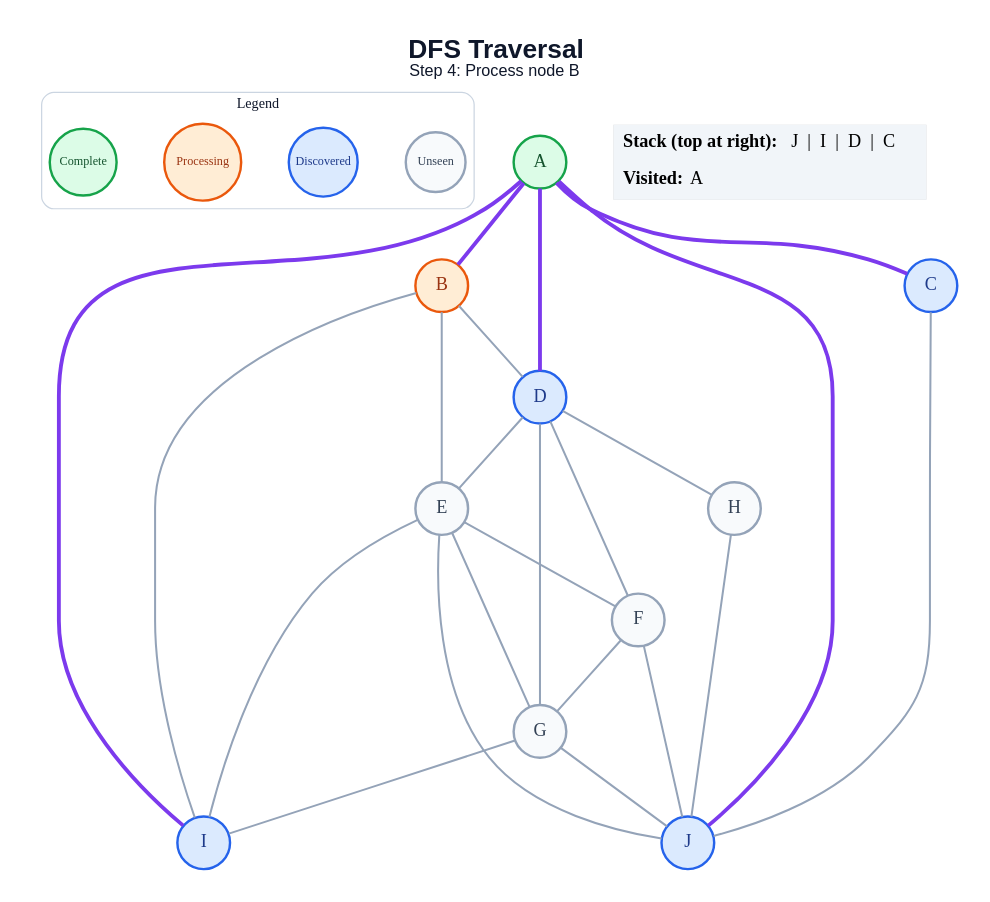
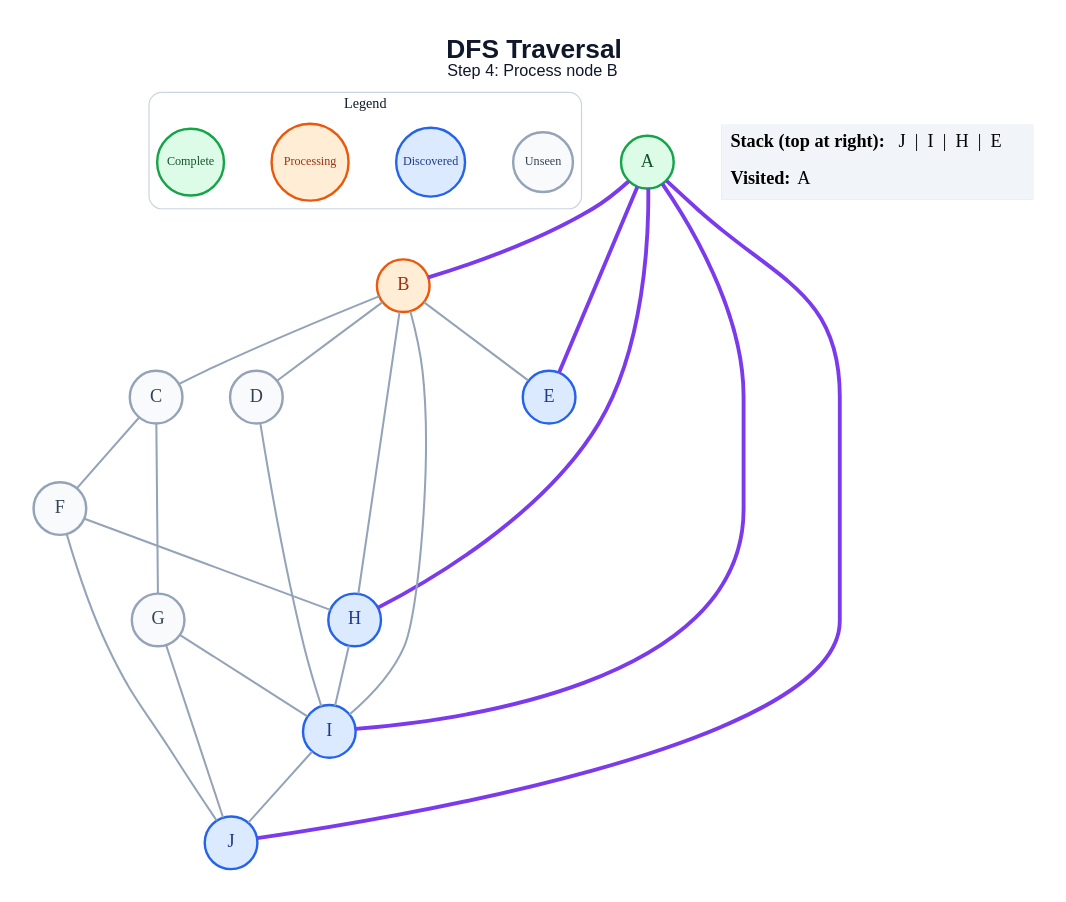
One commit to amanghodawala9/ai-slop changed the diagram in generated/dfs/step_04.dot. Above: the diagram before and after it, drawn with Graphviz. The commit also changed 178 other files, not shown here.

```diff
--- a/generated/dfs/step_04.dot
+++ b/generated/dfs/step_04.dot
@@ -1,51 +1,48 @@
 graph traversal {
   graph [layout=dot, rankdir=TB, bgcolor="#FFFFFF", pad="0.35", nodesep="0.65", ranksep="0.8", fontname="Arial"];
   node [shape=circle, style="filled", fontname="Arial Bold", fontsize=18, width=0.72, fixedsize=true, penwidth=2.4];
   edge [color="#94A3B8", penwidth=2.0];
   label=<<B>DFS Traversal</B><BR/><FONT POINT-SIZE="16">Step 4: Process node B</FONT>>; labelloc="t"; fontsize=26; fontname="Arial"; fontcolor="#0F172A";
   subgraph cluster_legend { label="Legend"; color="#CBD5E1"; penwidth=1.2; style="rounded"; fontsize=14; fontname="Arial Bold";
     key_unseen [label="Unseen", fillcolor="#F8FAFC", color="#94A3B8", fontcolor="#334155", fontsize=12, width=0.82];
     key_frontier [label="Discovered", fillcolor="#DBEAFE", color="#2563EB", fontcolor="#1E3A8A", fontsize=12, width=0.95];
     key_current [label="Processing", fillcolor="#FFEDD5", color="#EA580C", fontcolor="#9A3412", fontsize=12, width=1.05];
     key_done [label="Complete", fillcolor="#DCFCE7", color="#16A34A", fontcolor="#14532D", fontsize=12, width=0.92];
     { rank=same; key_unseen; key_frontier; key_current; key_done; }
   }
   A [fillcolor="#DCFCE7", color="#16A34A", fontcolor="#14532D"];
   B [fillcolor="#FFEDD5", color="#EA580C", fontcolor="#9A3412"];
-  C [fillcolor="#DBEAFE", color="#2563EB", fontcolor="#1E3A8A"];
-  D [fillcolor="#DBEAFE", color="#2563EB", fontcolor="#1E3A8A"];
-  E [fillcolor="#F8FAFC", color="#94A3B8", fontcolor="#334155"];
+  C [fillcolor="#F8FAFC", color="#94A3B8", fontcolor="#334155"];
+  D [fillcolor="#F8FAFC", color="#94A3B8", fontcolor="#334155"];
+  E [fillcolor="#DBEAFE", color="#2563EB", fontcolor="#1E3A8A"];
   F [fillcolor="#F8FAFC", color="#94A3B8", fontcolor="#334155"];
   G [fillcolor="#F8FAFC", color="#94A3B8", fontcolor="#334155"];
-  H [fillcolor="#F8FAFC", color="#94A3B8", fontcolor="#334155"];
+  H [fillcolor="#DBEAFE", color="#2563EB", fontcolor="#1E3A8A"];
   I [fillcolor="#DBEAFE", color="#2563EB", fontcolor="#1E3A8A"];
   J [fillcolor="#DBEAFE", color="#2563EB", fontcolor="#1E3A8A"];
   A -- B [color="#7C3AED", penwidth=3.8];
-  A -- C [color="#7C3AED", penwidth=3.8];
-  A -- D [color="#7C3AED", penwidth=3.8];
+  A -- E [color="#7C3AED", penwidth=3.8];
+  A -- H [color="#7C3AED", penwidth=3.8];
   A -- I [color="#7C3AED", penwidth=3.8];
   A -- J [color="#7C3AED", penwidth=3.8];
+  B -- C;
   B -- D;
   B -- E;
+  B -- H;
   B -- I;
-  C -- J;
-  D -- E;
-  D -- F;
-  D -- G;
-  D -- H;
-  E -- F;
-  E -- G;
-  E -- I;
-  E -- J;
-  F -- G;
+  C -- F;
+  C -- G;
+  D -- I;
+  F -- H;
   F -- J;
   G -- I;
   G -- J;
-  H -- J;
+  H -- I;
+  I -- J;
   status [shape=plain, fixedsize=false, width=0, height=0, margin=0, label=<
     <TABLE BORDER="0" CELLBORDER="0" CELLPADDING="7" BGCOLOR="#F1F5F9">
-      <TR><TD ALIGN="LEFT"><B>Stack (top at right):</B> J  |  I  |  D  |  C</TD></TR>
+      <TR><TD ALIGN="LEFT"><B>Stack (top at right):</B> J  |  I  |  H  |  E</TD></TR>
       <TR><TD ALIGN="LEFT"><B>Visited:</B> A</TD></TR>
     </TABLE>
   >];
 }
```
